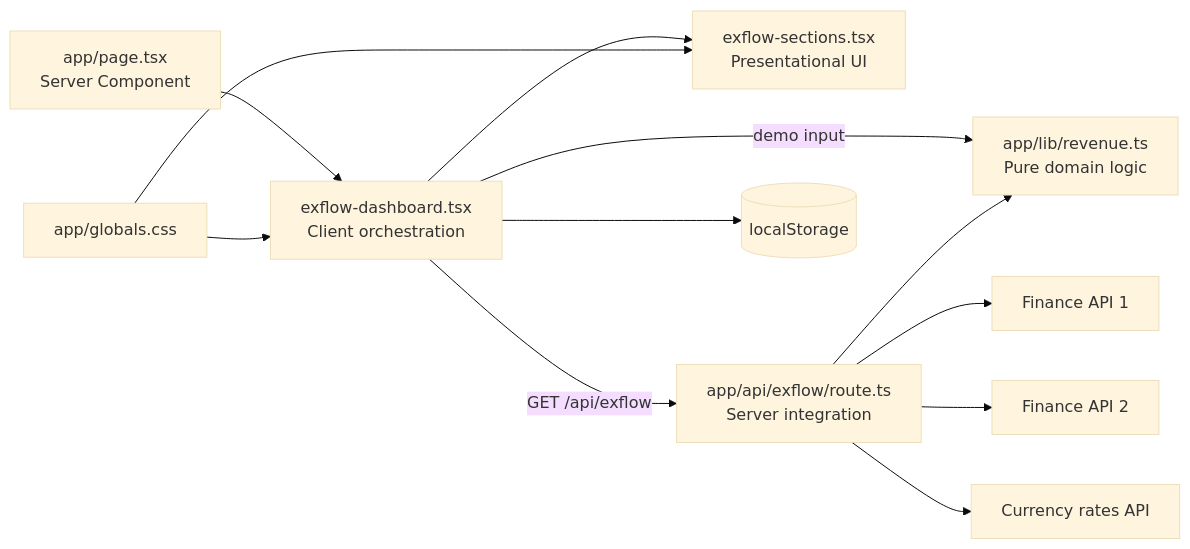
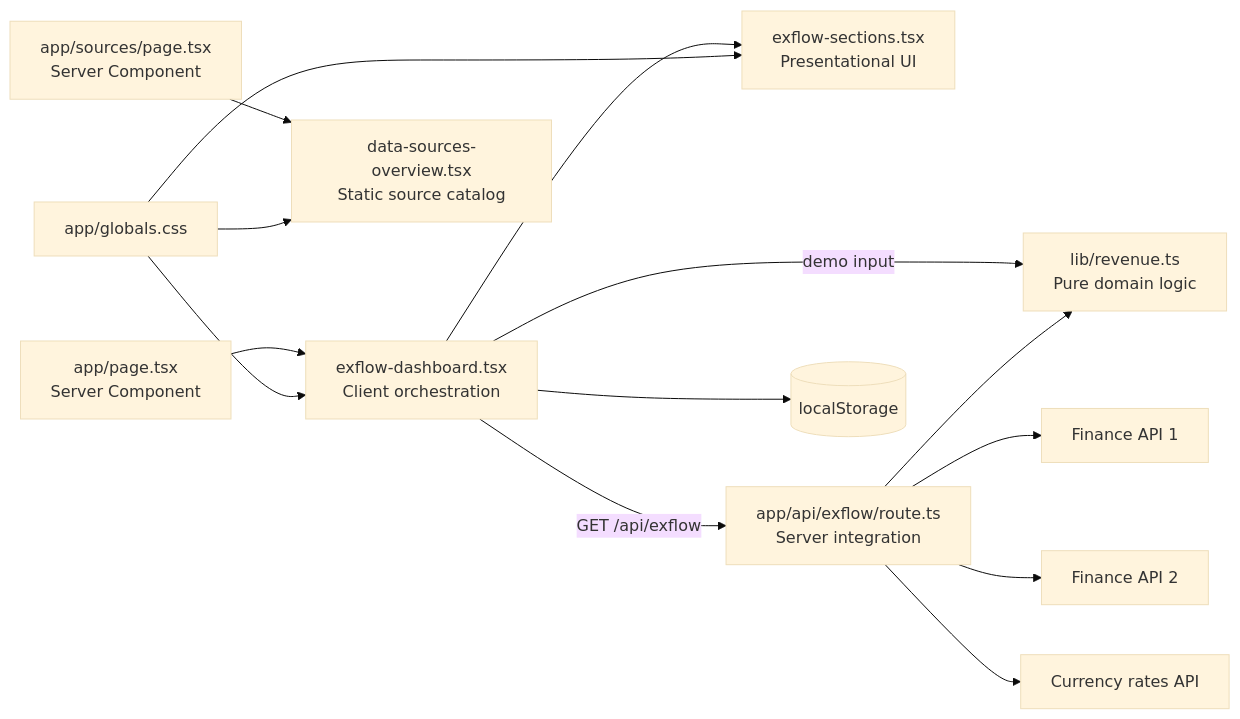
Before and after one commit to Excelsi0/my-app: the first of 2 diagrams in docs/project-architecture.md, drawn with Mermaid (base theme). The commit also changed other lines of this file and 24 other files, not shown here.

First line of the commit message:
feat: add data sources page and configure development tooling

````diff
--- a/docs/project-architecture.md
+++ b/docs/project-architecture.md
@@ -149,14 +157,16 @@
 ```mermaid
 flowchart LR
     Page[app/page.tsx<br/>Server Component] --> Dashboard[exflow-dashboard.tsx<br/>Client orchestration]
+    SourcesPage[app/sources/page.tsx<br/>Server Component] --> SourcesOverview[data-sources-overview.tsx<br/>Static source catalog]
     Dashboard --> Sections[exflow-sections.tsx<br/>Presentational UI]
     Dashboard -->|GET /api/exflow| Route[app/api/exflow/route.ts<br/>Server integration]
-    Dashboard -->|demo input| Revenue[app/lib/revenue.ts<br/>Pure domain logic]
+    Dashboard -->|demo input| Revenue[lib/revenue.ts<br/>Pure domain logic]
     Route --> Revenue
     Route --> Finance1[Finance API 1]
     Route --> Finance2[Finance API 2]
     Route --> Rates[Currency rates API]
     Dashboard --> Storage[(localStorage)]
     Styles[app/globals.css] --> Dashboard
     Styles --> Sections
+    Styles --> SourcesOverview
 ```
````
